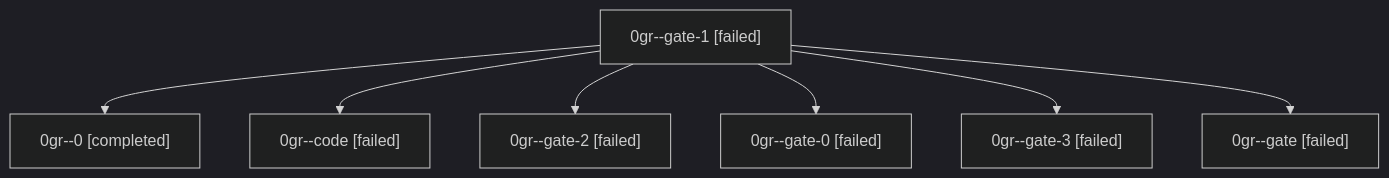
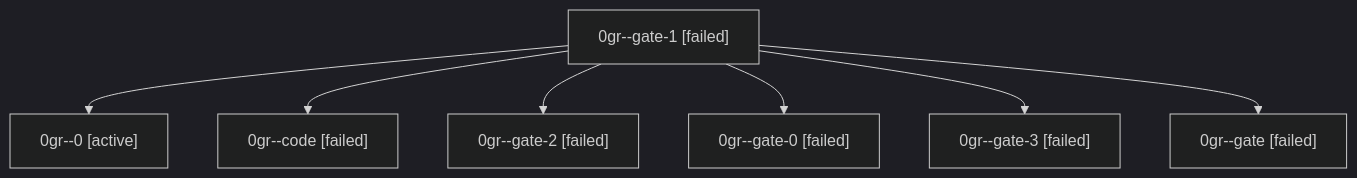
Before and after one commit to sase-org/sase--agents: the diagram in families/bbugyi200.athena.0gr.md, drawn with Mermaid (dark theme). The commit also changed other lines of this file and 35830 other files, not shown here.

````diff
--- a/families/bbugyi200.athena.0gr.md
+++ b/families/bbugyi200.athena.0gr.md
@@ -9,16 +9,16 @@
 ```mermaid
 flowchart TD
   n0["0gr--gate-1 [failed]"]
-  n1["0gr--0 [completed]"]
+  n1["0gr--0 [active]"]
   n0 --> n1
   n2["0gr--code [failed]"]
   n0 --> n2
   n3["0gr--gate-2 [failed]"]
   n0 --> n3
   n4["0gr--gate-0 [failed]"]
   n0 --> n4
   n5["0gr--gate-3 [failed]"]
   n0 --> n5
   n6["0gr--gate [failed]"]
   n0 --> n6
 ```
````
